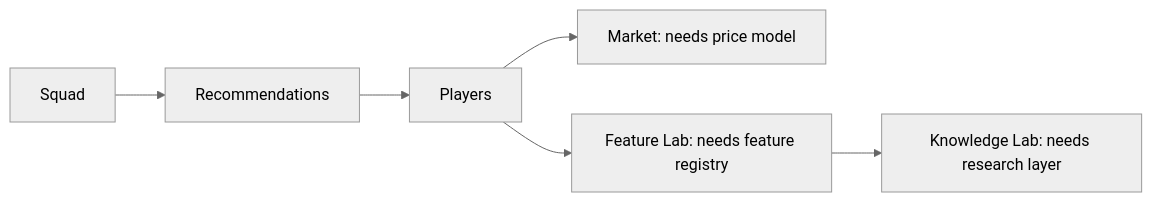
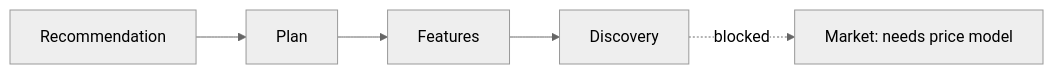
The diagram in docs/frontend/02_dashboard.md (smukhyala/XGalonso), drawn with Mermaid (neutral theme) before and after one commit. The commit also changed other lines of this file and 22 other files, not shown here.

````diff
--- a/docs/frontend/02_dashboard.md
+++ b/docs/frontend/02_dashboard.md
@@ -46,8 +52,7 @@
 ```mermaid
 flowchart LR
-    A["Squad"] --> B["Recommendations"]
-    B --> C["Players"]
-    C --> D["Market: needs price model"]
-    C --> E["Feature Lab: needs feature registry"]
-    E --> F["Knowledge Lab: needs research layer"]
+    A["Recommendation"] --> B["Plan"]
+    B --> C["Features"]
+    C --> D["Discovery"]
+    D -.blocked.-> E["Market: needs price model"]
 ```
````
